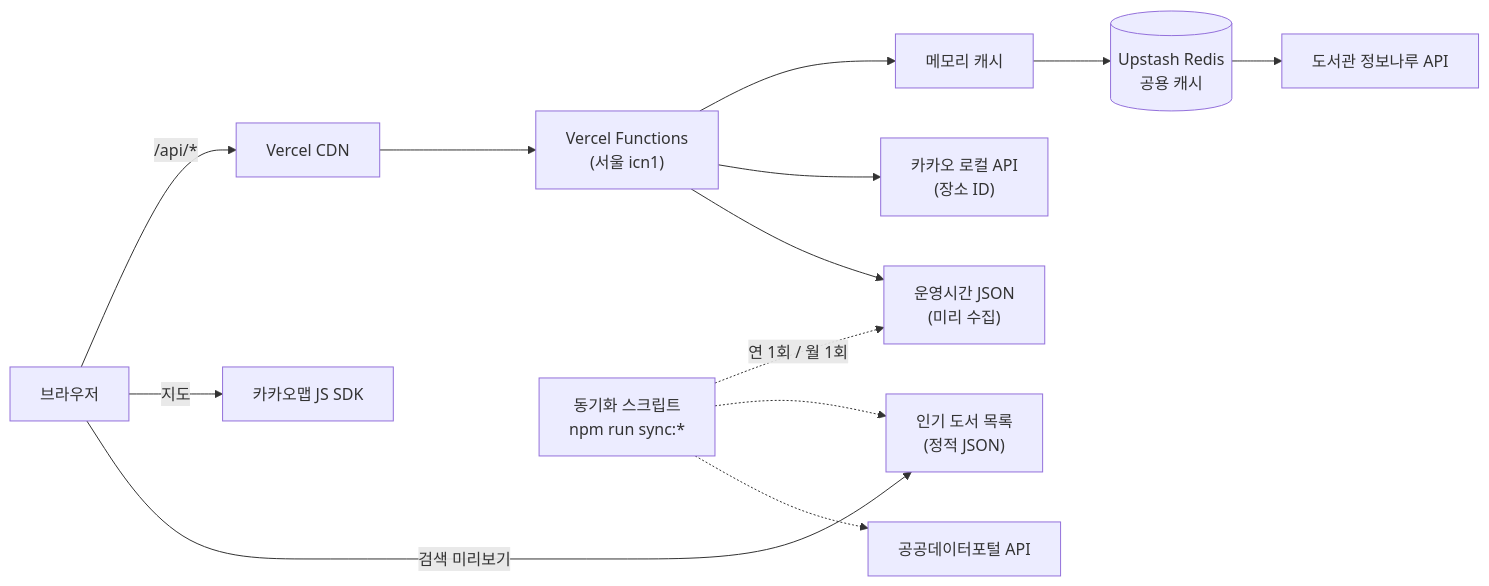
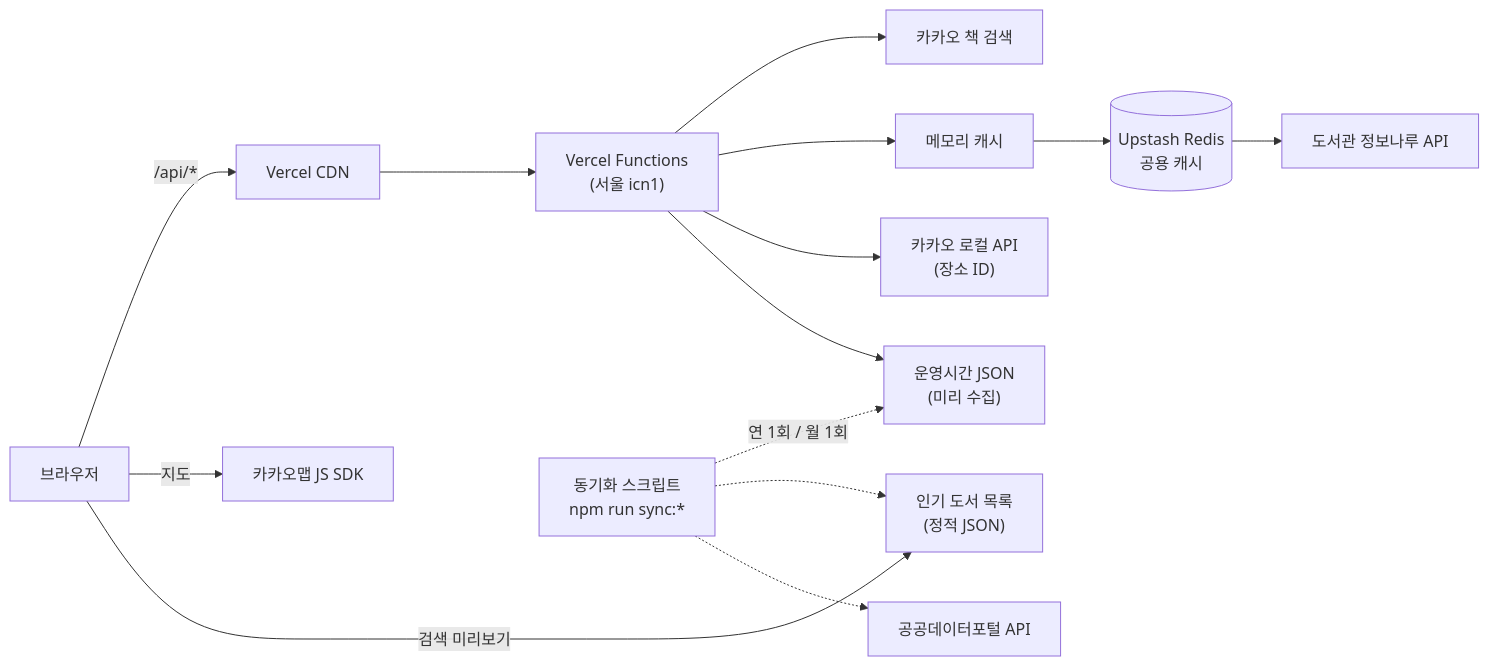
The diagram in README.md (iokl1004/book-nearby), drawn with Mermaid before and after one commit. The commit also changed other lines of this file, not shown here.

Commit message:
README: 배포 환경 검색 문제 원인과 해결(카카오 책 검색) 정리

````diff
--- a/README.md
+++ b/README.md
@@ -42,15 +43,16 @@
 ```mermaid
 flowchart LR
   U["브라우저"] -->|"/api/*"| CDN["Vercel CDN"]
   CDN --> F["Vercel Functions<br/>(서울 icn1)"]
   U -->|"지도"| KJ["카카오맵 JS SDK"]
   U -->|"검색 미리보기"| P["인기 도서 목록<br/>(정적 JSON)"]
 
+  F --> KB["카카오 책 검색"]
   F --> M["메모리 캐시"] --> R[("Upstash Redis<br/>공용 캐시")] --> D["도서관 정보나루 API"]
   F --> KL["카카오 로컬 API<br/>(장소 ID)"]
   F --> H["운영시간 JSON<br/>(미리 수집)"]
 
   S["동기화 스크립트<br/>npm run sync:*"] -.->|"연 1회 / 월 1회"| H
   S -.-> P
   S -.-> G["공공데이터포털 API"]
 ```
````
